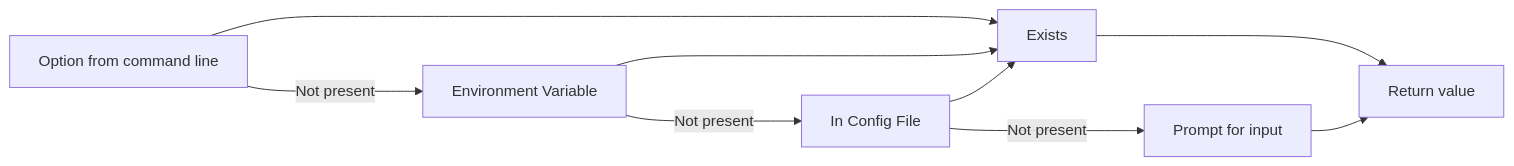
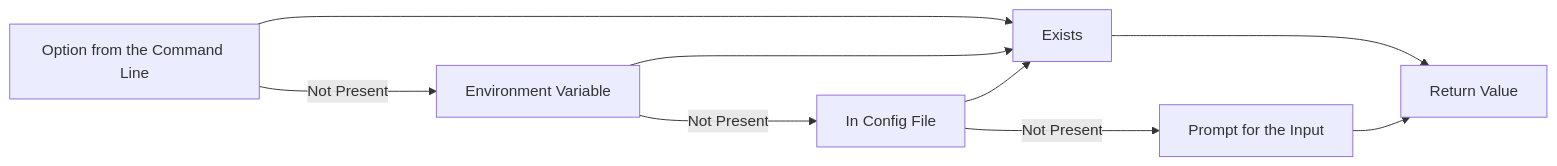
One commit to aexol-studio/config-maker changed the diagram in Readme.md. Above: the diagram before and after it, drawn with Mermaid. The commit also changed other lines of this file, not shown here.

````diff
--- a/Readme.md
+++ b/Readme.md
@@ -11,11 +18,12 @@
 ```mermaid
 graph LR
-    A[Option from command line] --> AY[Exists]
-    AY --> R[Return value]
-    A --Not present--->
+    A[Option from the Command Line] --> AY[Exists]
+    AY --> R[Return Value]
+    A --Not Present--->
     D[Environment Variable] --> AY
-    D --Not present--->
+    D --Not Present--->
     E[In Config File] -->  AY
-    E --Not present--->
-    F[Prompt for input] --> R
+    E --Not Present--->
+    F[Prompt for the Input] --> R
+
 ```
````
